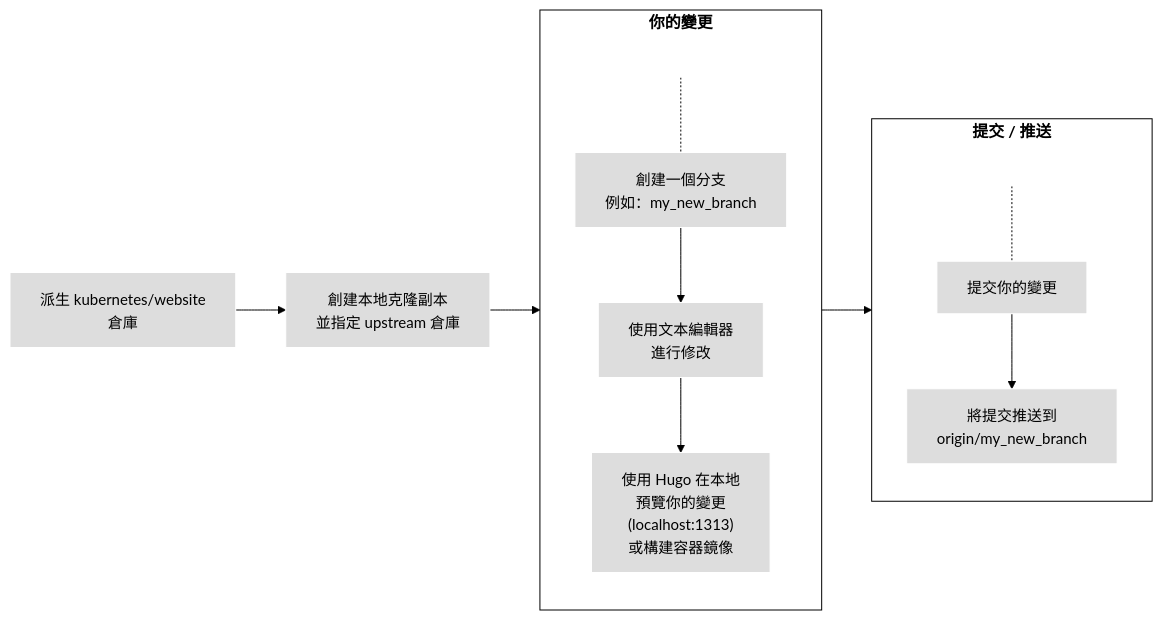
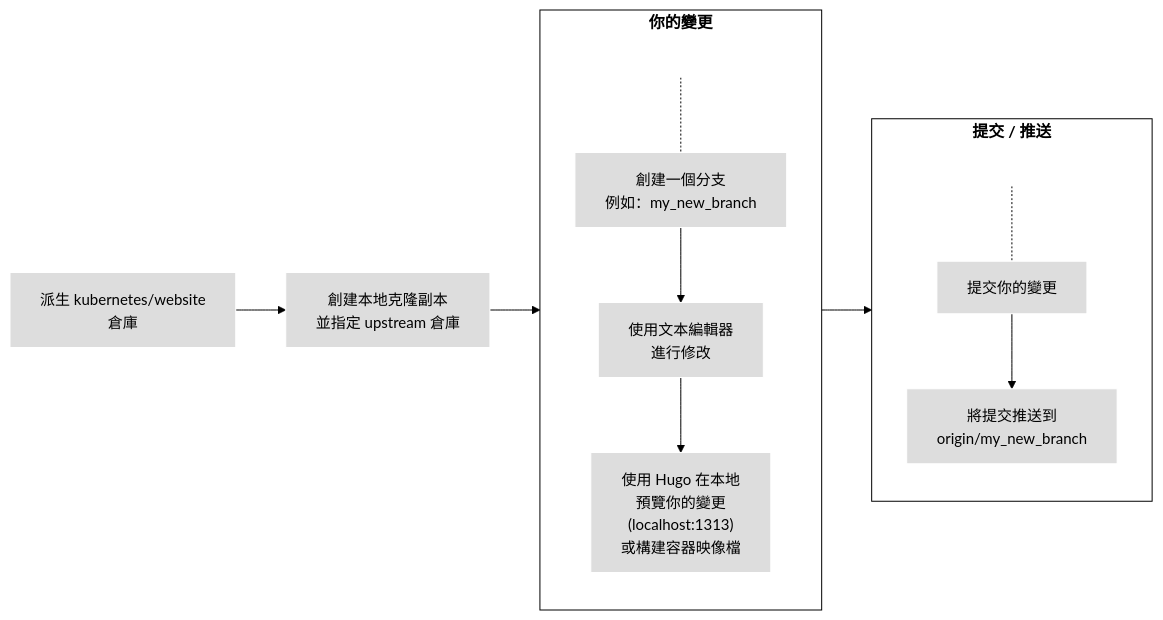
One commit to kubernetes/website changed the second of 3 diagrams in content/zh-tw/docs/contribute/new-content/open-a-pr.md. Above: the diagram before and after it, drawn with Mermaid (forest theme). The commit also changed other lines of this file and 1351 other files, not shown here.

```diff
--- a/content/zh-tw/docs/contribute/new-content/open-a-pr.md
+++ b/content/zh-tw/docs/contribute/new-content/open-a-pr.md
@@ -228,24 +228,24 @@
 {{< mermaid >}}
 flowchart LR
 1[派生 kubernetes/website<br>倉庫] --> 2[創建本地克隆副本<br>並指定 upstream 倉庫]
 subgraph changes[你的變更]
 direction TB
 S[ ] -.-
-3[創建一個分支<br>例如：my_new_branch] --> 3a[使用文本編輯器<br>進行修改] --> 4["使用 Hugo 在本地<br>預覽你的變更<br>(localhost:1313)<br>或構建容器鏡像"]
+3[創建一個分支<br>例如：my_new_branch] --> 3a[使用文本編輯器<br>進行修改] --> 4["使用 Hugo 在本地<br>預覽你的變更<br>(localhost:1313)<br>或構建容器映像檔"]
 end
 subgraph changes2[提交 / 推送]
 direction TB
 T[ ] -.-
 5[提交你的變更] --> 6[將提交推送到<br>origin/my_new_branch]
 end
 
 2 --> changes --> changes2
 
 classDef grey fill:#dddddd,stroke:#ffffff,stroke-width:px,color:#000000, font-size:15px;
 classDef white fill:#ffffff,stroke:#000,stroke-width:px,color:#000,font-weight:bold
 classDef k8s fill:#326ce5,stroke:#fff,stroke-width:1px,color:#fff;
 classDef spacewhite fill:#ffffff,stroke:#fff,stroke-width:0px,color:#000
 class 1,2,3,3a,4,5,6 grey
 class S,T spacewhite
 class changes,changes2 white
 {{</ mermaid >}}
```
